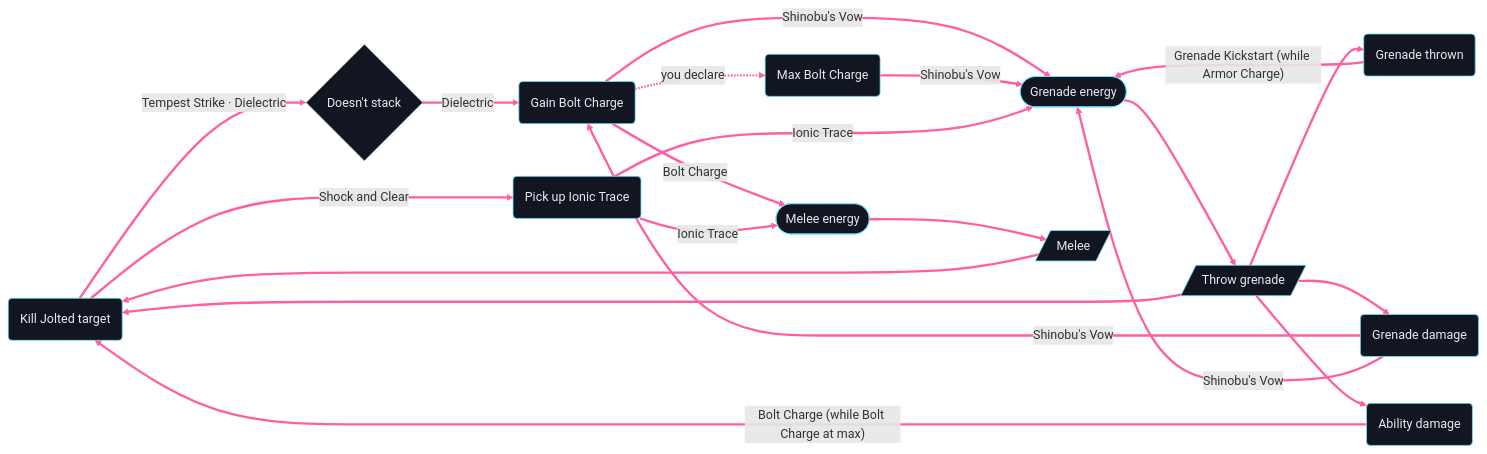
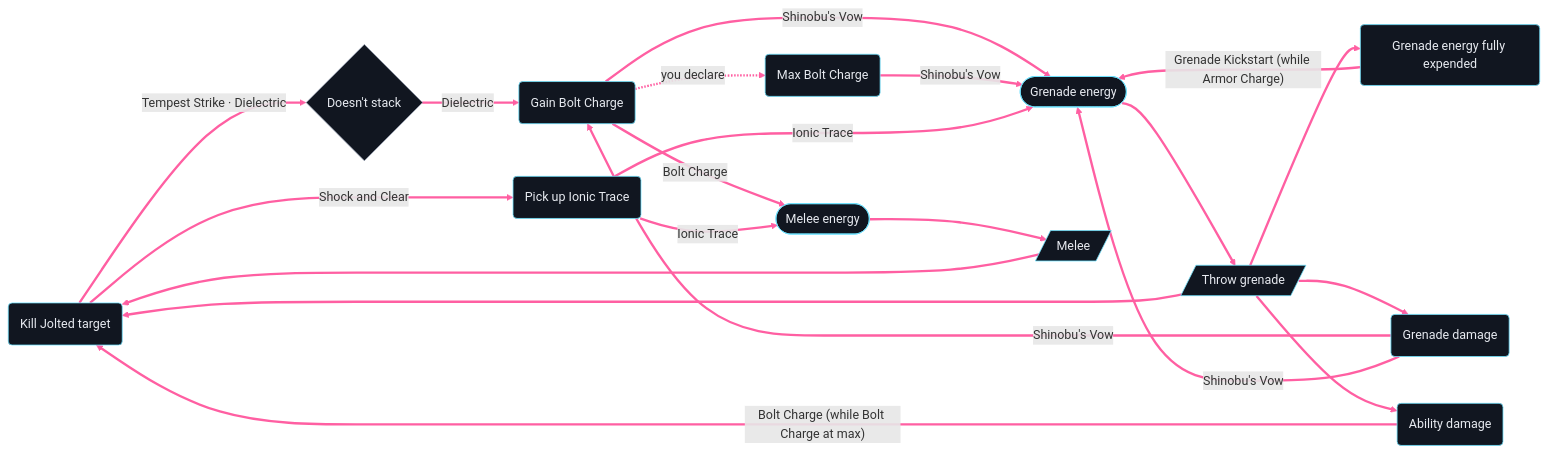
The diagram in builds/skip-grenade-hunter-ascension/loop-graph.md (JoanComasFdz/destiny-loopsmith), drawn with Mermaid before and after one commit. The commit also changed other lines of this file and 55 other files, not shown here.

````diff
--- a/builds/skip-grenade-hunter-ascension/loop-graph.md
+++ b/builds/skip-grenade-hunter-ascension/loop-graph.md
@@ -16,44 +16,44 @@
 ```mermaid
 flowchart LR
   classDef neutral fill:#111620,stroke:#8a94a8,color:#e7eaf0
   classDef kinetic fill:#111620,stroke:#e7eaf0,color:#e7eaf0
   classDef arc fill:#111620,stroke:#6fe3ff,color:#e7eaf0
   classDef solar fill:#111620,stroke:#ff9a3c,color:#e7eaf0
   classDef void fill:#111620,stroke:#b07cff,color:#e7eaf0
   classDef stasis fill:#111620,stroke:#5aa0ff,color:#e7eaf0
   classDef strand fill:#111620,stroke:#4ee28a,color:#e7eaf0
   classDef prismatic fill:#111620,stroke:#ff5fa2,color:#e7eaf0
   n0("Kill Jolted target"):::arc
   n1("Grenade damage"):::arc
   n2("Pick up Ionic Trace"):::arc
   n3("Gain Bolt Charge"):::arc
   n4("Max Bolt Charge"):::arc
-  n5("Grenade thrown"):::arc
+  n5("Grenade energy fully expended"):::arc
   n6("Ability damage"):::arc
   n7(["Grenade energy"]):::arc
   n8(["Melee energy"]):::arc
   n9[/"Throw grenade"/]:::arc
   n10[/"Melee"/]:::arc
   n11{"Doesn't stack"}:::neutral
   n7 ==> n9
   n9 ==> n5
   n9 ==> n1
   n9 ==> n6
   n9 ==> n0
   n8 ==> n10
   n10 ==> n0
   n0 ==>|"Tempest Strike · Dielectric"| n11
   n1 ==>|"Shinobu's Vow"| n3
   n1 ==>|"Shinobu's Vow"| n7
   n3 ==>|"Shinobu's Vow"| n7
   n4 ==>|"Shinobu's Vow"| n7
   n0 ==>|"Shock and Clear"| n2
   n5 ==>|"Grenade Kickstart (while Armor Charge)"| n7
   n11 ==>|"Dielectric"| n3
   n6 ==>|"Bolt Charge (while Bolt Charge at max)"| n0
   n3 ==>|"Bolt Charge"| n8
   n2 ==>|"Ionic Trace"| n7
   n2 ==>|"Ionic Trace"| n8
   n3 -.->|"you declare"| n4
   linkStyle 0,1,2,3,4,5,6,7,8,9,10,11,12,13,14,15,16,17,18,19 stroke:#ff5fa2,stroke-width:3px
 ```
````
